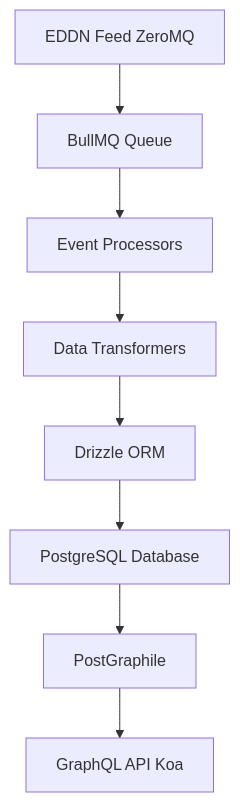
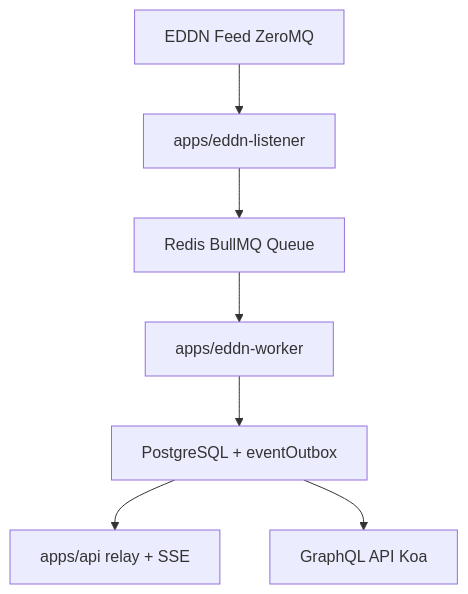
The diagram in README.md (jovanblazek/elitehub-vault), drawn with Mermaid before and after one commit. The commit also changed other lines of this file and 160 other files, not shown here.

````diff
--- a/README.md
+++ b/README.md
@@ -199,13 +202,13 @@
 ```mermaid
 flowchart TD
     A[EDDN Feed ZeroMQ]
-    B[BullMQ Queue]
-    C[Event Processors]
-    D[Data Transformers]
-    E[Drizzle ORM]
-    F[PostgreSQL Database]
-    G[PostGraphile]
-    H[GraphQL API Koa]
+    B[apps/eddn-listener]
+    C[Redis BullMQ Queue]
+    D[apps/eddn-worker]
+    E[PostgreSQL + eventOutbox]
+    F[apps/api relay + SSE]
+    G[GraphQL API Koa]
 
-    A --> B --> C --> D --> E --> F --> G --> H
+    A --> B --> C --> D --> E --> F
+    E --> G
 ```
````
